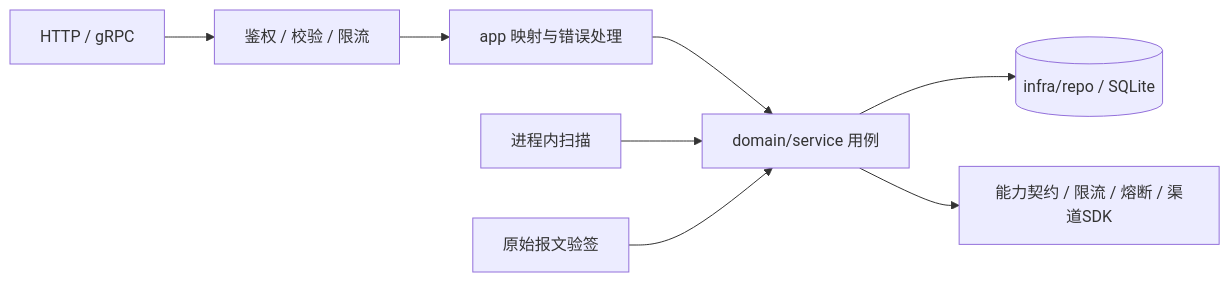
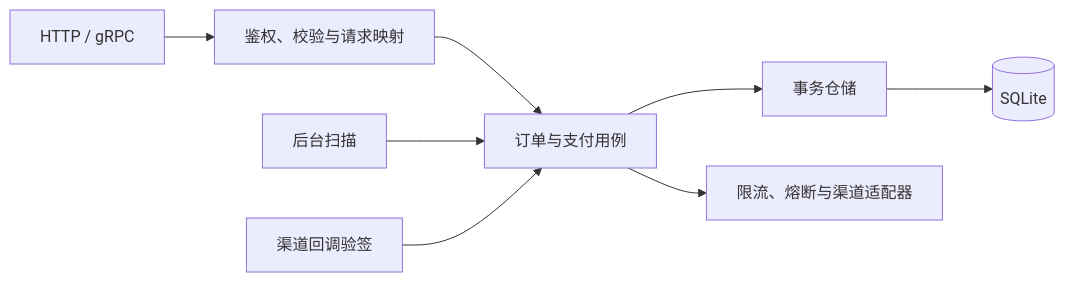
One commit to fino-io/orderpay changed the diagram in docs/architecture.md. Above: the diagram before and after it, drawn with Mermaid. The commit also changed other lines of this file, not shown here.

````diff
--- a/docs/architecture.md
+++ b/docs/architecture.md
@@ -11,10 +13,10 @@
 ```mermaid
 flowchart LR
-    API[HTTP / gRPC] --> Auth[鉴权 / 校验 / 限流]
-    Auth --> App[app 映射与错误处理]
-    App --> Domain[domain/service 用例]
-    Scan[进程内扫描] --> Domain
-    Callback[原始报文验签] --> Domain
-    Domain --> DB[(infra/repo / SQLite)]
-    Domain --> Channel[能力契约 / 限流 / 熔断 / 渠道SDK]
+    API[HTTP / gRPC] --> App[鉴权、校验与请求映射]
+    App --> Domain[订单与支付用例]
+    Scan[后台扫描] --> Domain
+    Callback[渠道回调验签] --> Domain
+    Domain --> Repo[事务仓储]
+    Repo --> DB[(SQLite)]
+    Domain --> Provider[限流、熔断与渠道适配器]
 ```
````
